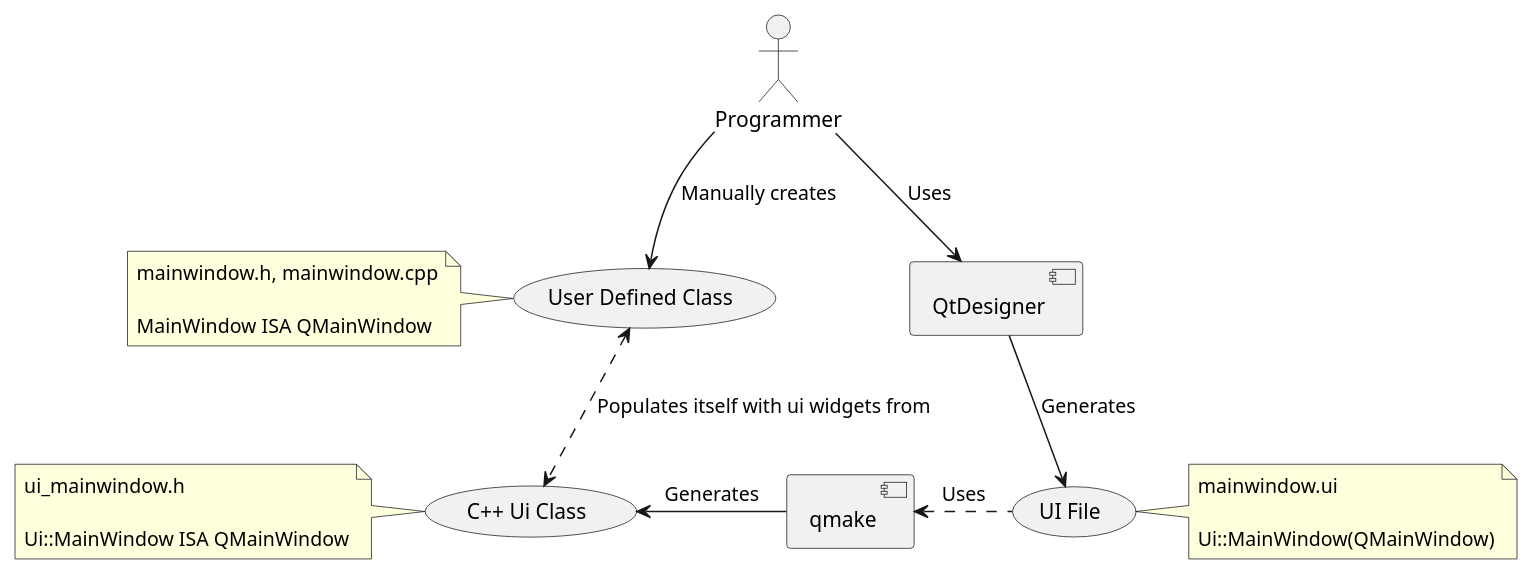
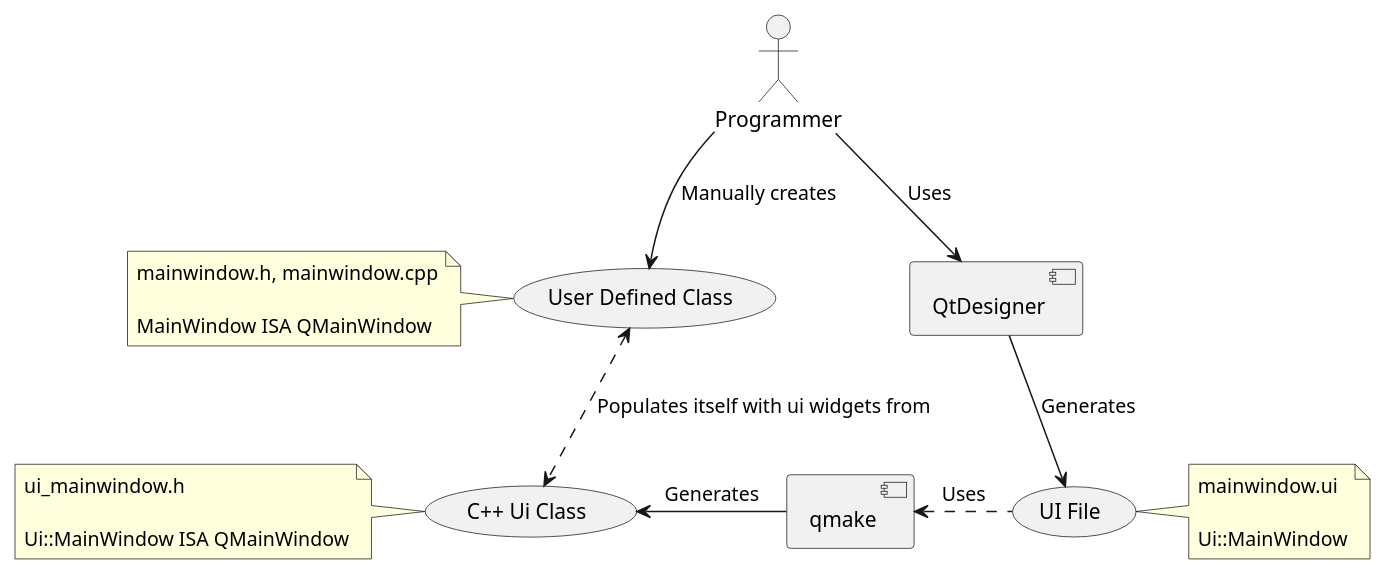
Before and after one commit to satishgoda/learningqt: the diagram in qtcreator/firstapp/notes/what.puml, drawn with PlantUML. The commit also changed 1 other file, not shown here.

```diff
--- a/qtcreator/firstapp/notes/what.puml
+++ b/qtcreator/firstapp/notes/what.puml
@@ -1,44 +1,44 @@
 @startuml
 ''left to right direction
 
 :Programmer: as P
 
 [QtDesigner] as QtD
 [qmake] as QMake
 
 (UI File) as UiFile
 (C++ Ui Class) as cppUiFile
 (User Defined Class) as UDC
 
 note as nUiFile
 mainwindow.ui
 
-Ui::MainWindow(QMainWindow)
+Ui::MainWindow
 end note
 
 note as ncppUiFile
 ui_mainwindow.h
 
 Ui::MainWindow ISA QMainWindow
 end note
 
 note as nUDC
 mainwindow.h, mainwindow.cpp
 
 MainWindow ISA QMainWindow
 end note
 
 P --> QtD : Uses
 QtD --> UiFile : Generates
 QMake <.r. UiFile : Uses
 QMake -l-> cppUiFile : Generates
 
 UiFile .r. nUiFile
 cppUiFile .l. ncppUiFile
 
 P --> UDC : Manually creates
 UDC .l. nUDC
 
 UDC <..> cppUiFile : Populates itself with ui widgets from
 
 @enduml
```
